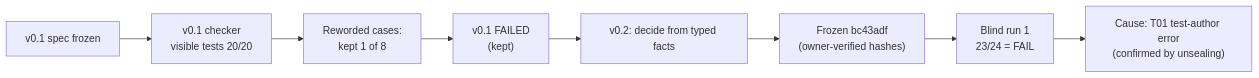
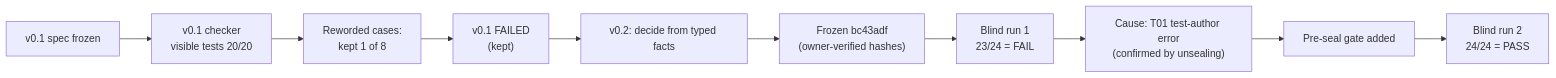
One commit to holland202/veritas-origin changed the second of 2 diagrams in README.md. Above: the diagram before and after it, drawn with Mermaid. The commit also changed other lines of this file, not shown here.

First line of the commit message:
README: add DPC-001 blind run 2 (PASS 24/24) beside run 1 (FAIL, kept)

````diff
--- a/README.md
+++ b/README.md
@@ -54,10 +55,12 @@
 ```mermaid
 flowchart LR
     S1["v0.1 spec frozen"] --> C1["v0.1 checker<br/>visible tests 20/20"]
     C1 --> P1["Reworded cases:<br/>kept 1 of 8"]
     P1 --> X1["v0.1 FAILED<br/>(kept)"]
     X1 --> S2["v0.2: decide from typed facts"]
     S2 --> F2["Frozen bc43adf<br/>(owner-verified hashes)"]
     F2 --> B1["Blind run 1<br/>23/24 = FAIL"]
     B1 --> RC["Cause: T01 test-author error<br/>(confirmed by unsealing)"]
+    RC --> G["Pre-seal gate added"]
+    G --> B2["Blind run 2<br/>24/24 = PASS"]
 ```
````
